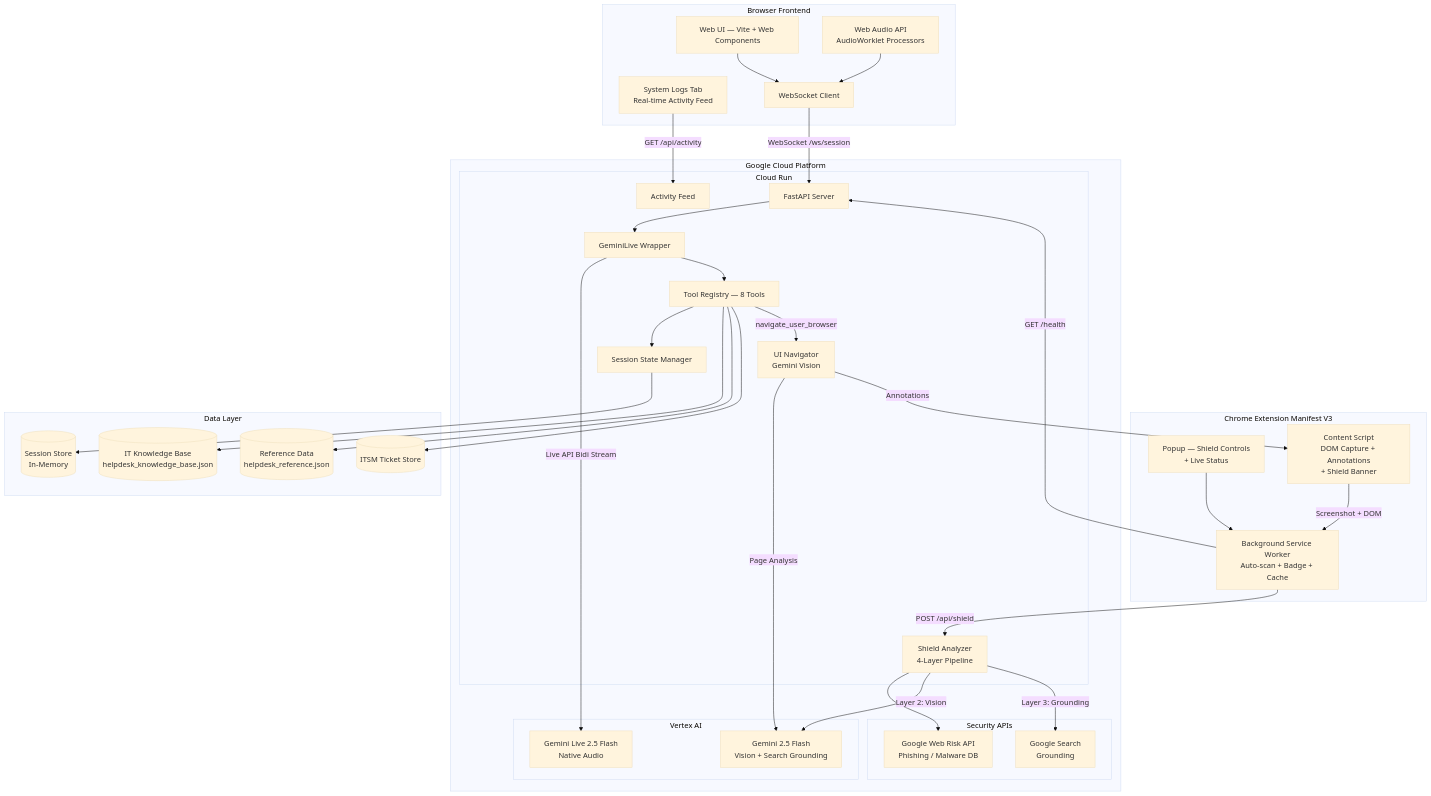
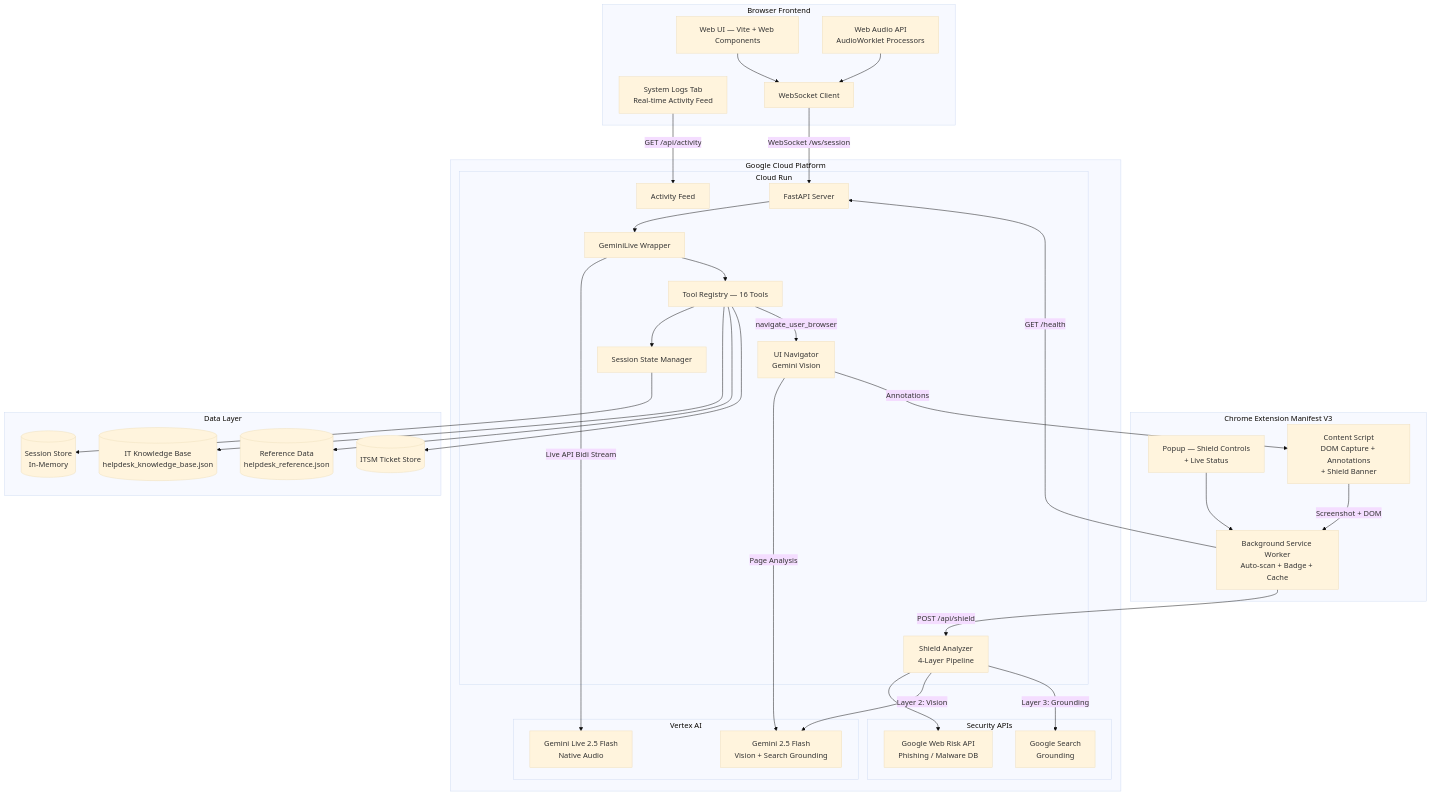
One commit to vigneshbarani24/resolve-vigil changed the first of 10 diagrams in docs/architecture-diagrams.md. Above: the diagram before and after it, drawn with Mermaid (base theme). The commit also changed other lines of this file and 18 other files, not shown here.

````diff
--- a/docs/architecture-diagrams.md
+++ b/docs/architecture-diagrams.md
@@ -13,69 +13,69 @@
 ```mermaid
 graph TB
     subgraph "Browser Frontend"
         UI[Web UI — Vite + Web Components]
         WA[Web Audio API<br/>AudioWorklet Processors]
         LOGS[System Logs Tab<br/>Real-time Activity Feed]
         WS_CLIENT[WebSocket Client]
     end
 
     subgraph "Chrome Extension Manifest V3"
         POPUP[Popup — Shield Controls<br/>+ Live Status]
         BG[Background Service Worker<br/>Auto-scan + Badge + Cache]
         CS[Content Script<br/>DOM Capture + Annotations<br/>+ Shield Banner]
     end
 
     subgraph "Google Cloud Platform"
         subgraph "Cloud Run"
             FASTAPI[FastAPI Server]
             GM[GeminiLive Wrapper]
-            TR[Tool Registry — 8 Tools]
+            TR[Tool Registry — 16 Tools]
             SM[Session State Manager]
             AF[Activity Feed]
             SHIELD[Shield Analyzer<br/>4-Layer Pipeline]
             NAV[UI Navigator<br/>Gemini Vision]
         end
 
         subgraph "Vertex AI"
             LIVE[Gemini Live 2.5 Flash<br/>Native Audio]
             FLASH[Gemini 2.5 Flash<br/>Vision + Search Grounding]
         end
 
         subgraph "Security APIs"
             WEBRISK[Google Web Risk API<br/>Phishing / Malware DB]
             GSEARCH[Google Search<br/>Grounding]
         end
     end
 
     subgraph "Data Layer"
         KB[(IT Knowledge Base<br/>helpdesk_knowledge_base.json)]
         REF[(Reference Data<br/>helpdesk_reference.json)]
         ITSM_STORE[(ITSM Ticket Store)]
         SESSION_STORE[(Session Store<br/>In-Memory)]
     end
 
     UI --> WS_CLIENT
     WA --> WS_CLIENT
     WS_CLIENT -- "WebSocket /ws/session" --> FASTAPI
     LOGS -- "GET /api/activity" --> AF
     FASTAPI --> GM
     GM -- "Live API Bidi Stream" --> LIVE
     GM --> TR
     TR --> SM
     TR --> KB
     TR --> REF
     TR --> ITSM_STORE
     SM --> SESSION_STORE
 
     POPUP --> BG
     BG -- "POST /api/shield" --> SHIELD
     BG -- "GET /health" --> FASTAPI
     CS -- "Screenshot + DOM" --> BG
     SHIELD --> WEBRISK
     SHIELD -- "Layer 2: Vision" --> FLASH
     SHIELD -- "Layer 3: Grounding" --> GSEARCH
     NAV -- "Page Analysis" --> FLASH
 
     TR -- "navigate_user_browser" --> NAV
     NAV -- "Annotations" --> CS
 ```
````
